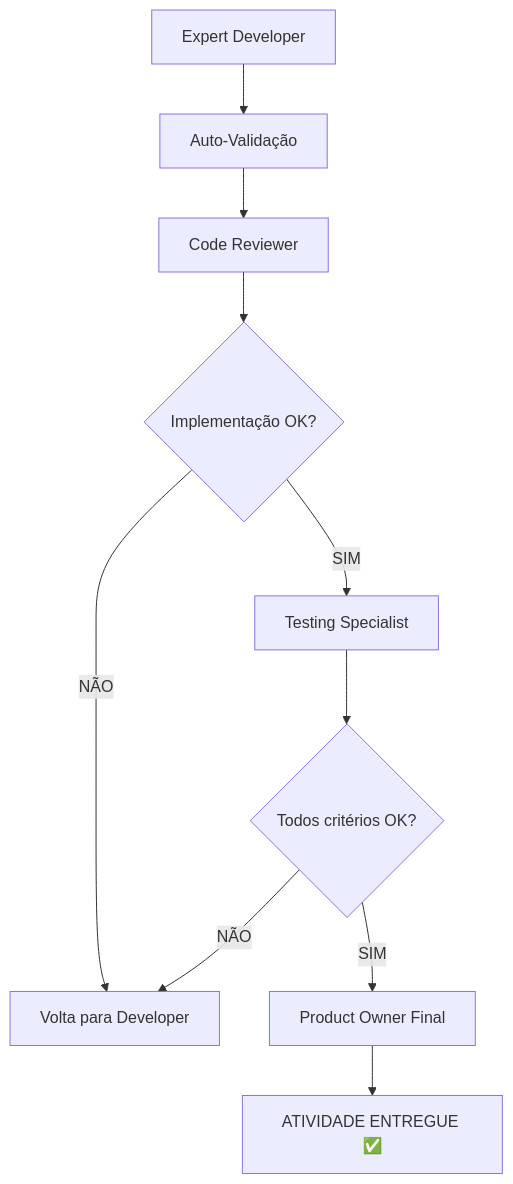
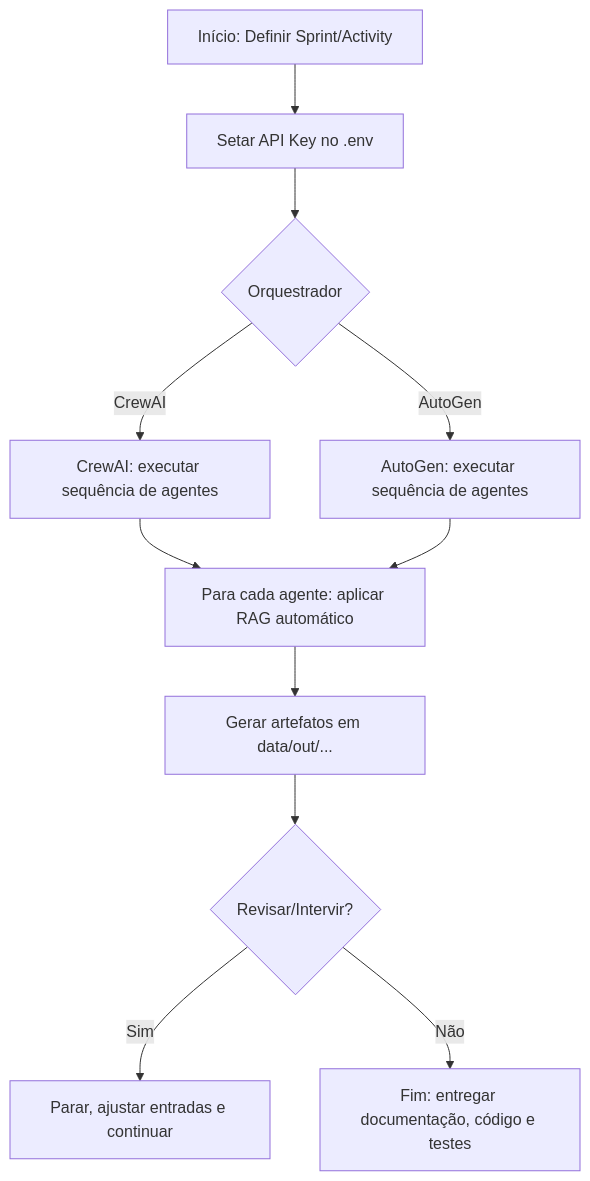
One commit to eliterickytech/WorkflowAgentsAI changed the first of 2 diagrams in README.md. Above: the diagram before and after it, drawn with Mermaid. The commit also changed other lines of this file and 2 other files, not shown here.

````diff
--- a/README.md
+++ b/README.md
@@ -1525,12 +201,13 @@
 ```mermaid
-graph TD
-    A[Expert Developer] --> B[Auto-Validação]
-    B --> C[Code Reviewer]
-    C --> D{Implementação OK?}
-    D -->|SIM| E[Testing Specialist]
-    D -->|NÃO| F[Volta para Developer]
-    E --> G{Todos critérios OK?}
-    G -->|SIM| H[Product Owner Final]
-    G -->|NÃO| F
-    H --> I[ATIVIDADE ENTREGUE ✅]
+flowchart TD
+    A[Início: Definir Sprint/Activity] --> B[Setar API Key no .env]
+    B --> C{Orquestrador}
+    C -->|CrewAI| D[CrewAI: executar sequência de agentes]
+    C -->|AutoGen| E[AutoGen: executar sequência de agentes]
+    D --> F[Para cada agente: aplicar RAG automático]
+    E --> F
+  F --> G[Gerar artefatos em data/out/...]
+  G --> H{Revisar/Intervir?}
+    H -->|Sim| I[Parar, ajustar entradas e continuar]
+    H -->|Não| J[Fim: entregar documentação, código e testes]
 ```
````
